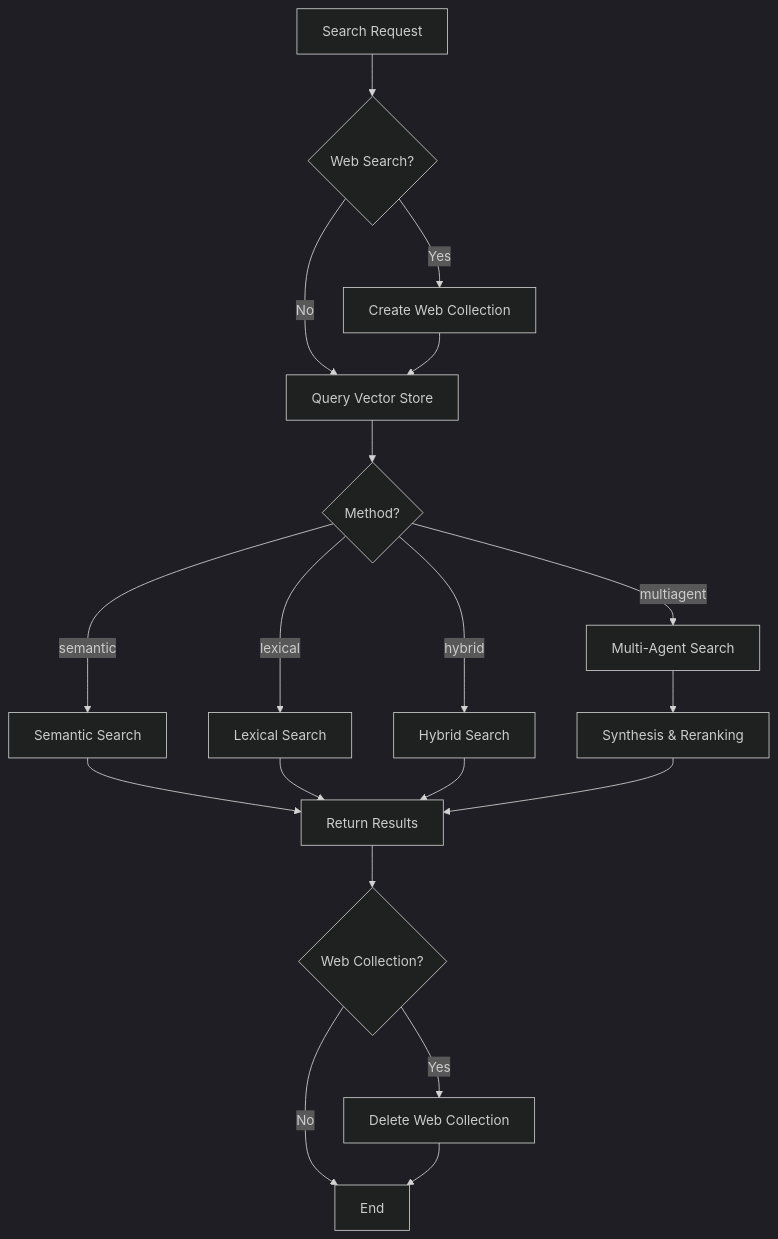
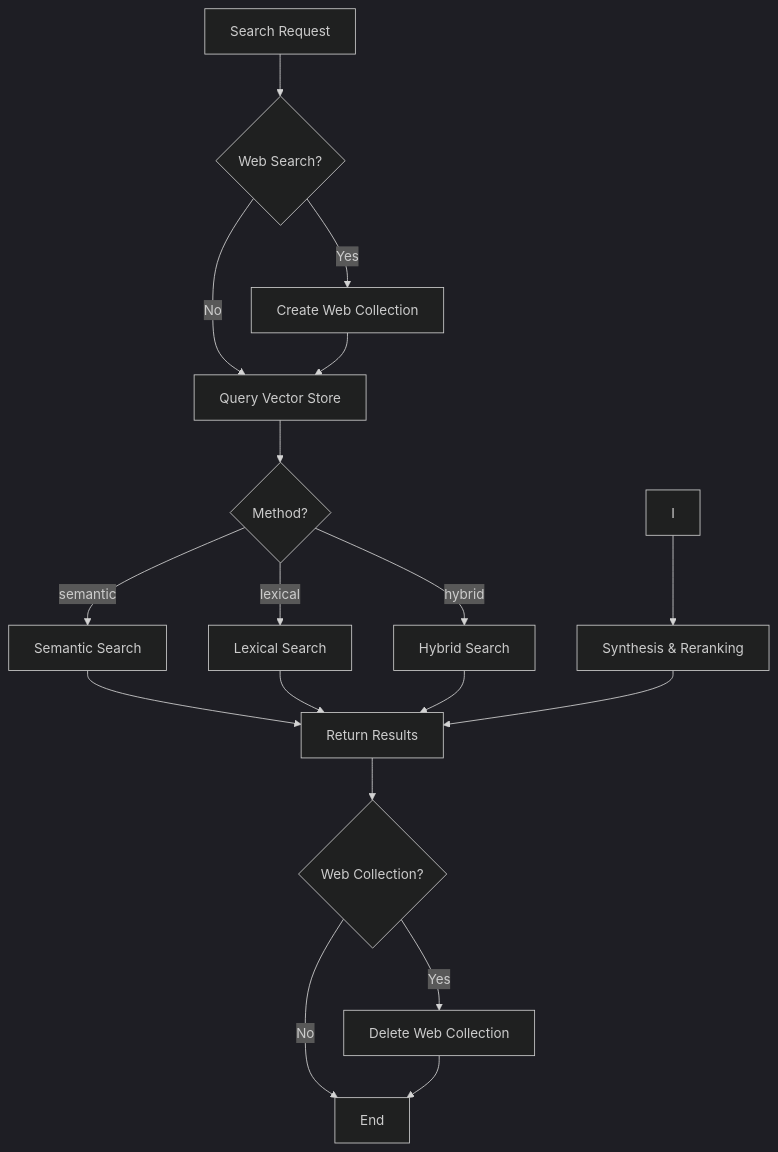
Before and after one commit to etalab-ia/OpenGateLLM: the diagram in docs/docs/functionalities/document-management/rag.md, drawn with Mermaid (dark theme). The commit also changed other lines of this file and 16 other files, not shown here.

````diff
--- a/docs/docs/functionalities/document-management/rag.md
+++ b/docs/docs/functionalities/document-management/rag.md
@@ -33,21 +32,20 @@
 ```mermaid
 graph TD
     A[Search Request] --> B{Web Search?}
     B -->|Yes| C[Create Web Collection]
     B -->|No| D[Query Vector Store]
     C --> D
     D --> E{Method?}
     E -->|semantic| F[Semantic Search]
     E -->|lexical| G[Lexical Search]
     E -->|hybrid| H[Hybrid Search]
-    E -->|multiagent| I[Multi-Agent Search]
     F --> J[Return Results]
     G --> J
     H --> J
     I --> K[Synthesis & Reranking]
     K --> J
     J --> L{Web Collection?}
     L -->|Yes| M[Delete Web Collection]
     L -->|No| N[End]
     M --> N
 ```
````
